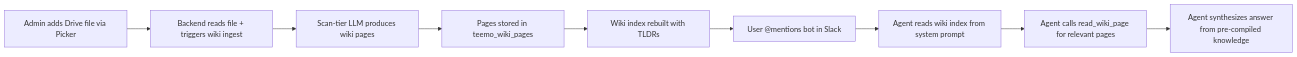
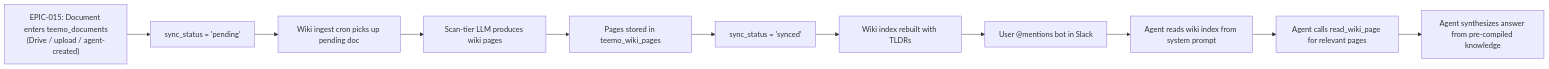
The diagram in product_plans/backlog/EPIC-013_wiki_knowledge_pipeline/EPIC-013_wiki_knowledge_pipeline.md (sandrinio/tee-mo), drawn with Mermaid before and after one commit. The commit also changed other lines of this file and 24 other files, not shown here.

````diff
--- a/product_plans/backlog/EPIC-013_wiki_knowledge_pipeline/EPIC-013_wiki_knowledge_pipeline.md
+++ b/product_plans/backlog/EPIC-013_wiki_knowledge_pipeline/EPIC-013_wiki_knowledge_pipeline.md
@@ -77,11 +78,13 @@
 ```mermaid
 flowchart LR
-    A[Admin adds Drive file via Picker] --> B[Backend reads file + triggers wiki ingest]
-    B --> C[Scan-tier LLM produces wiki pages]
-    C --> D[Pages stored in teemo_wiki_pages]
-    D --> E[Wiki index rebuilt with TLDRs]
-    E --> F[User @mentions bot in Slack]
-    F --> G[Agent reads wiki index from system prompt]
-    G --> H[Agent calls read_wiki_page for relevant pages]
-    H --> I[Agent synthesizes answer from pre-compiled knowledge]
+    A["EPIC-015: Document enters teemo_documents\n(Drive / upload / agent-created)"] --> B["sync_status = 'pending'"]
+    B --> C[Wiki ingest cron picks up pending doc]
+    C --> D[Scan-tier LLM produces wiki pages]
+    D --> E[Pages stored in teemo_wiki_pages]
+    E --> F["sync_status = 'synced'"]
+    F --> G[Wiki index rebuilt with TLDRs]
+    G --> H[User @mentions bot in Slack]
+    H --> I[Agent reads wiki index from system prompt]
+    I --> J[Agent calls read_wiki_page for relevant pages]
+    J --> K[Agent synthesizes answer from pre-compiled knowledge]
 ```
````
